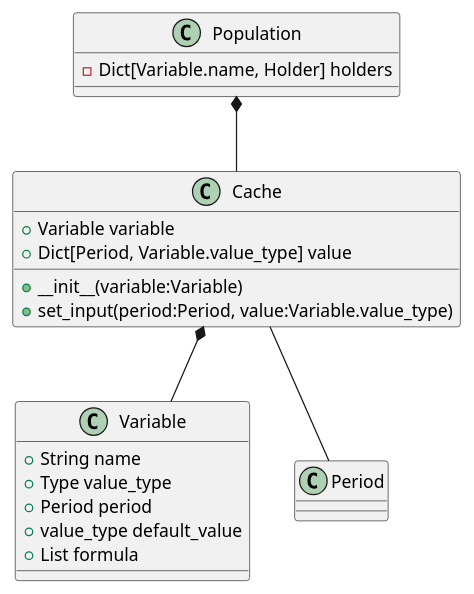
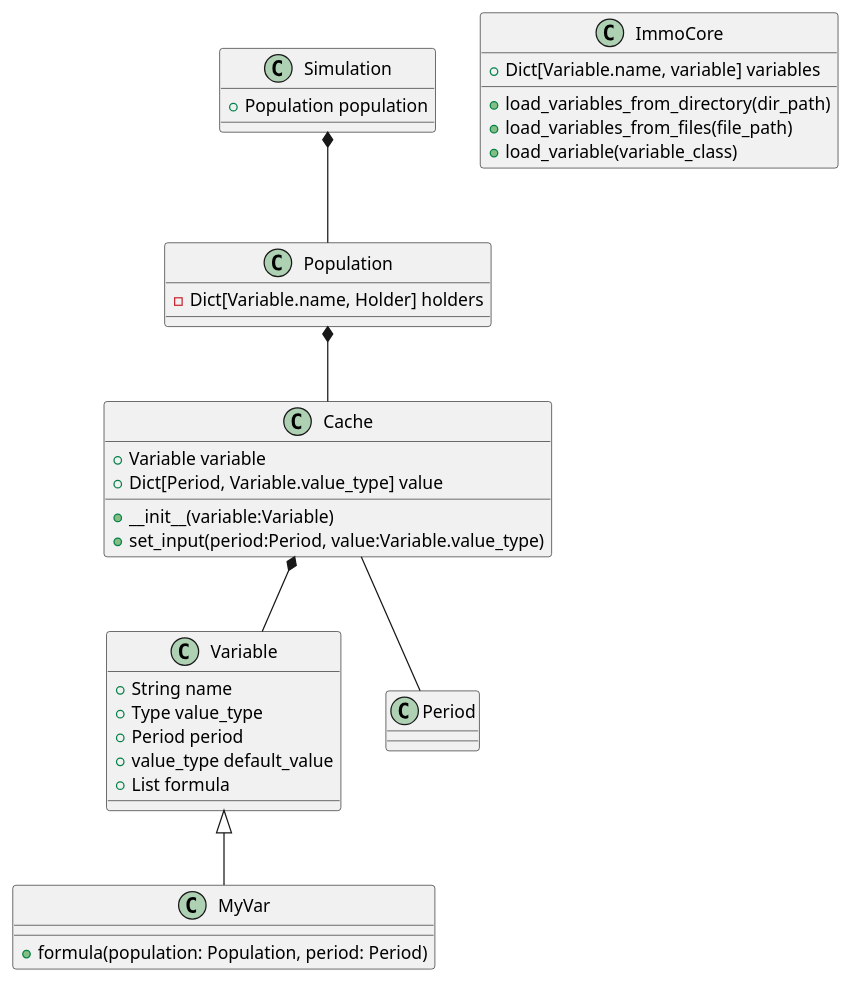
Before and after one commit to nboutin/immo_perfo: the diagram in doc/class.plantuml, drawn with PlantUML. The commit also changed 3 other files, not shown here.

```diff
--- a/doc/class.plantuml
+++ b/doc/class.plantuml
@@ -1,29 +1,47 @@
 @startuml
 
 class Variable {
 	+String name
 	+Type value_type
 	+Period period
 	+value_type default_value
 	+List formula
+}
+
+class MyVar {
+    +formula(population: Population, period: Period)
 }
 
 class Cache {
 	+__init__(variable:Variable)
 	+set_input(period:Period, value:Variable.value_type)
 	+Variable variable
 	+Dict[Period, Variable.value_type] value
 }
 
 class Period {
 
 }
 
 class Population {
 	-Dict[Variable.name, Holder] holders
 }
 
+class ImmoCore {
+    +Dict[Variable.name, variable] variables
+    +load_variables_from_directory(dir_path)
+    +load_variables_from_files(file_path)
+    +load_variable(variable_class)
+}
+
+class Simulation {
+    +Population population
+}
+
+Variable <|-- MyVar
 Cache *-- Variable
 Cache -- Period
 Population *-- Cache
+Simulation *-- Population
+
 @enduml
```
